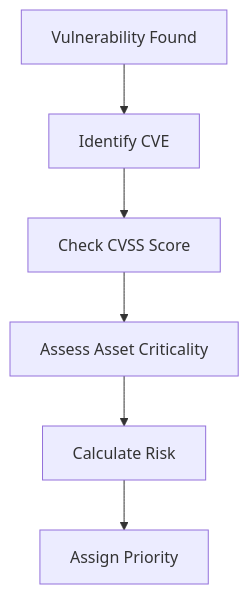
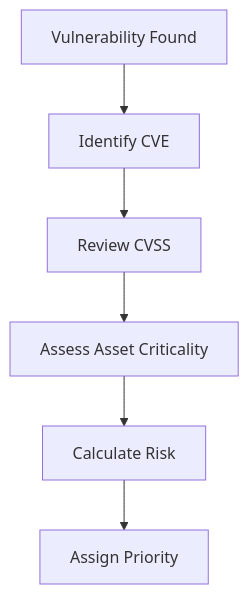
Before and after one commit to SiddhSamarth/Elevate-Labs-Projects: the fourth of 6 diagrams in Vulnerability Assessment & Risk Prioritization.md, drawn with Mermaid. The commit also changed other lines of this file, not shown here.

````diff
--- a/Vulnerability Assessment & Risk Prioritization.md
+++ b/Vulnerability Assessment & Risk Prioritization.md
@@ -251,8 +309,8 @@
 ```mermaid
 flowchart TD
     A[Vulnerability Found] --> B[Identify CVE]
-    B --> C[Check CVSS Score]
+    B --> C[Review CVSS]
     C --> D[Assess Asset Criticality]
     D --> E[Calculate Risk]
     E --> F[Assign Priority]
 ```
````
